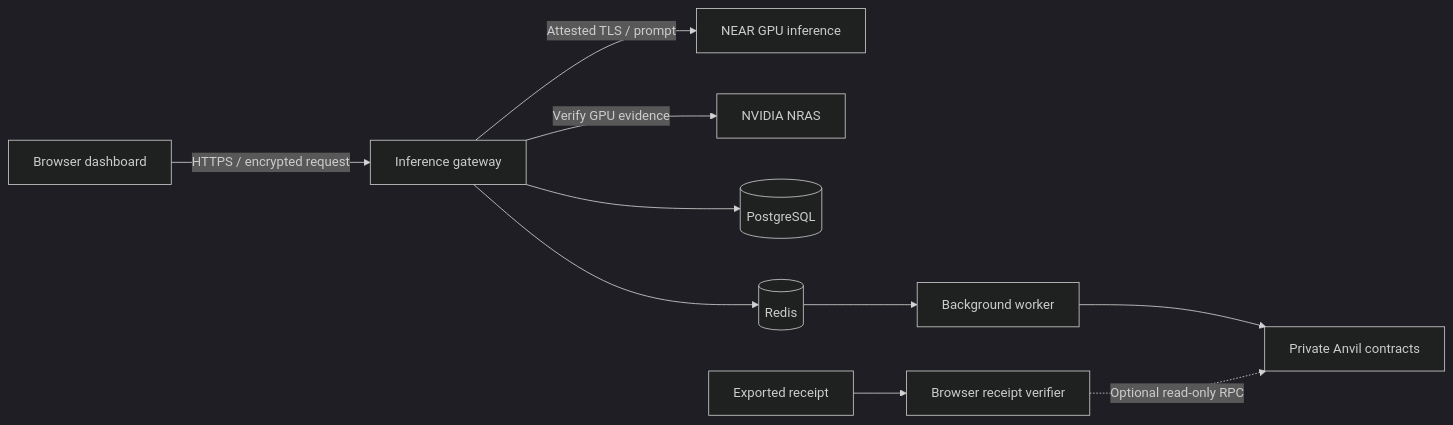
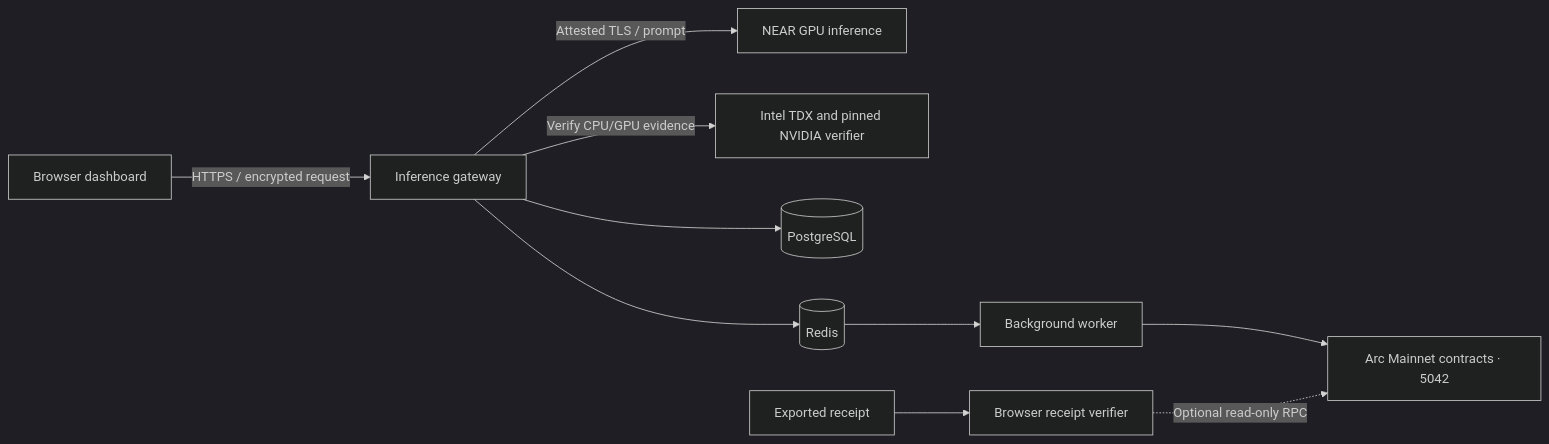
One commit to nerdenpad/enclave-developer changed the diagram in docs/architecture.md. Above: the diagram before and after it, drawn with Mermaid (dark theme). The commit also changed other lines of this file and 109 other files, not shown here.

````diff
--- a/docs/architecture.md
+++ b/docs/architecture.md
@@ -5,12 +5,12 @@
 ```mermaid
 flowchart LR
     Browser[Browser dashboard] -->|HTTPS / encrypted request| Gateway[Inference gateway]
     Gateway -->|Attested TLS / prompt| NEAR[NEAR GPU inference]
-    Gateway -->|Verify GPU evidence| NVIDIA[NVIDIA NRAS]
+    Gateway -->|Verify CPU/GPU evidence| Verifier[Intel TDX and pinned NVIDIA verifier]
     Gateway --> DB[(PostgreSQL)]
     Gateway --> Queue[(Redis)]
     Queue --> Worker[Background worker]
-    Worker --> Chain[Private Anvil contracts]
+    Worker --> Chain[Arc Mainnet contracts · 5042]
     Receipt[Exported receipt] --> Verify[Browser receipt verifier]
     Verify -. Optional read-only RPC .-> Chain
 ```
````
